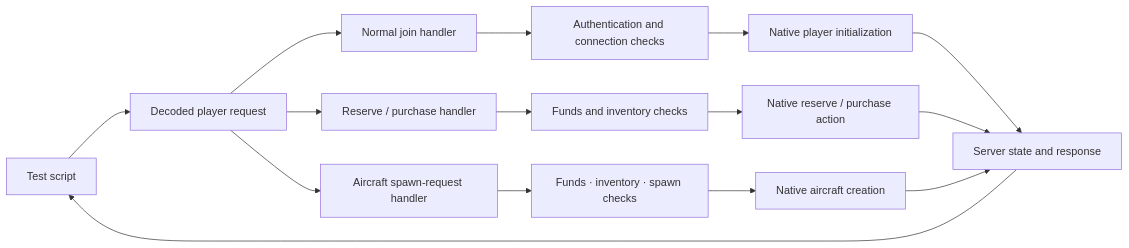
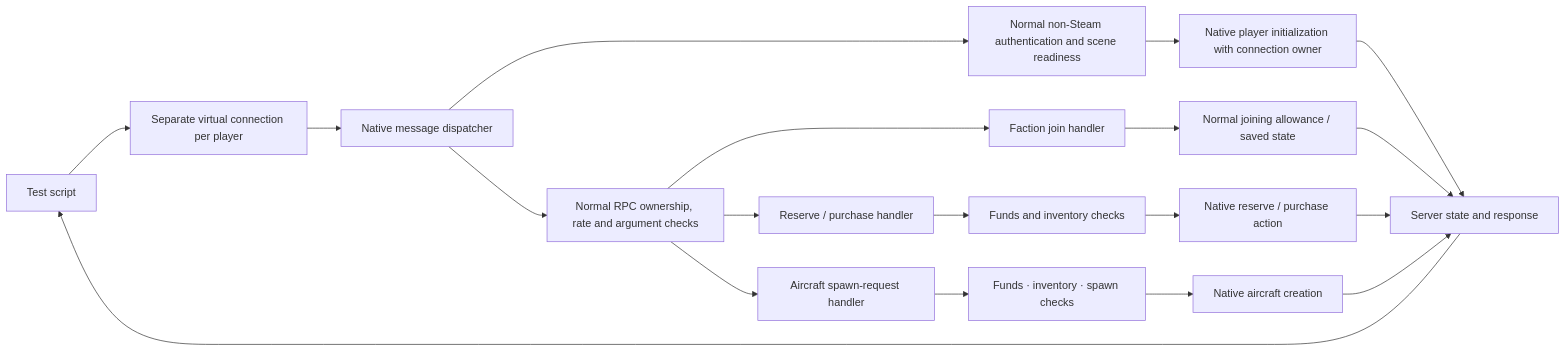
One commit to clankagent/notestpilot changed the diagram in docs/testing-modes.md. Above: the diagram before and after it, drawn with Mermaid. The commit also changed other lines of this file, not shown here.

Commit message:
Outline native player request mode and its first runtime proof

````diff
--- a/docs/testing-modes.md
+++ b/docs/testing-modes.md
@@ -42,17 +44,21 @@
 ```mermaid
 flowchart LR
-    Script["Test script"] --> Decode["Decoded player request"]
-    Decode --> Join["Normal join handler"]
-    Decode --> Purchase["Reserve / purchase handler"]
-    Decode --> Spawn["Aircraft spawn-request handler"]
-    Join --> Identity["Authentication and connection checks"]
-    Identity --> Player["Native player initialization"]
+    Script["Test script"] --> Peer["Separate virtual connection per player"]
+    Peer --> Entry["Native message dispatcher"]
+    Entry --> Auth["Normal non-Steam authentication and scene readiness"]
+    Auth --> Player["Native player initialization with connection owner"]
+    Entry --> Dispatch["Normal RPC ownership, rate and argument checks"]
+    Dispatch --> Join["Faction join handler"]
+    Dispatch --> Purchase["Reserve / purchase handler"]
+    Dispatch --> Spawn["Aircraft spawn-request handler"]
+    Join --> Allowance["Normal joining allowance / saved state"]
     Purchase --> Funds["Funds and inventory checks"]
     Funds --> Reservation["Native reserve / purchase action"]
     Spawn --> Rules["Funds · inventory · spawn checks"]
     Rules --> Aircraft["Native aircraft creation"]
     Player --> State["Server state and response"]
+    Allowance --> State
     Reservation --> State
     Aircraft --> State
     State --> Script
 ```
````
